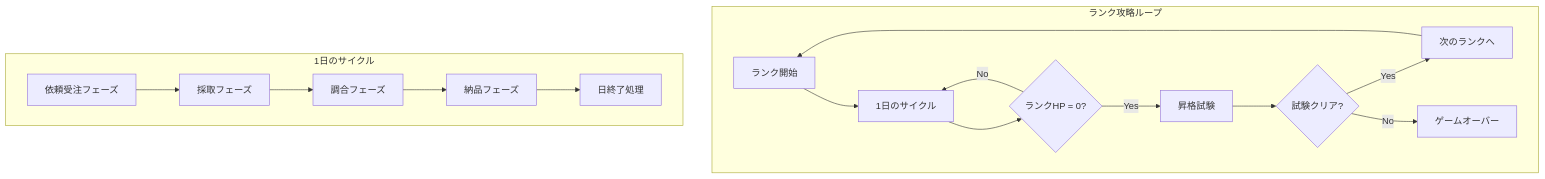
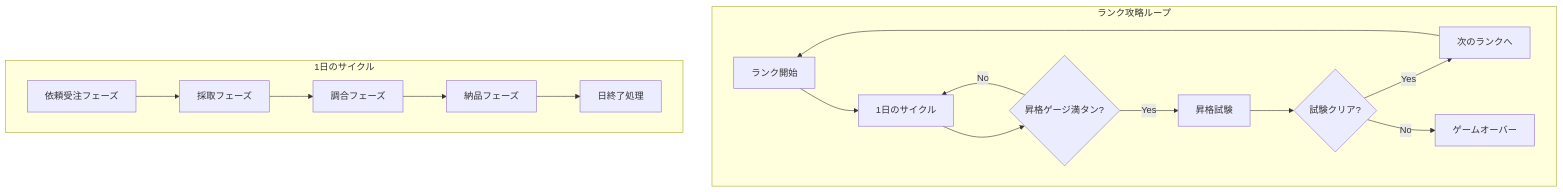
One commit to yaguma/atelier changed the first of 3 diagrams in docs/design/atelier-guild-rank/game-mechanics.md. Above: the diagram before and after it, drawn with Mermaid. The commit also changed other lines of this file and 6 other files, not shown here.

````diff
--- a/docs/design/atelier-guild-rank/game-mechanics.md
+++ b/docs/design/atelier-guild-rank/game-mechanics.md
@@ -25,20 +26,20 @@
 ```mermaid
 flowchart TB
     subgraph "ランク攻略ループ"
         A[ランク開始] --> B[1日のサイクル]
-        B --> C{ランクHP = 0?}
+        B --> C{昇格ゲージ満タン?}
         C -->|No| B
         C -->|Yes| D[昇格試験]
         D --> E{試験クリア?}
         E -->|Yes| F[次のランクへ]
         E -->|No| G[ゲームオーバー]
         F --> A
     end
 
     subgraph "1日のサイクル"
         B1[依頼受注フェーズ] --> B2[採取フェーズ]
         B2 --> B3[調合フェーズ]
         B3 --> B4[納品フェーズ]
         B4 --> B5[日終了処理]
     end
 ```
````
